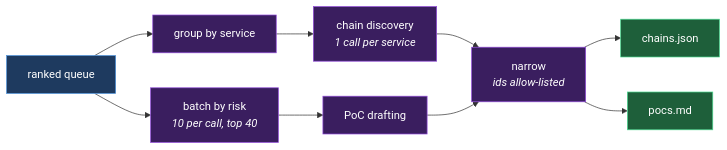
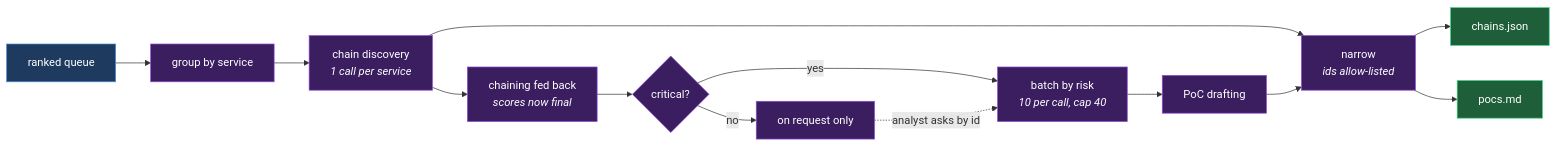
One commit to mfmiguez-oss/codescan-engagement changed the eighth of 16 diagrams in docs/DESIGN.md. Above: the diagram before and after it, drawn with Mermaid. The commit also changed other lines of this file and 44 other files, not shown here.

````diff
--- a/docs/DESIGN.md
+++ b/docs/DESIGN.md
@@ -338,15 +338,19 @@
 ```mermaid
 flowchart LR
   classDef in fill:#1e3a5f,stroke:#4a90d9,color:#fff
   classDef proc fill:#3a1e5f,stroke:#904ad9,color:#fff
   classDef out fill:#1e5f3a,stroke:#4ad990,color:#fff
 
   Q["ranked queue"]:::in --> G["group by service"]:::proc
   G --> CH["chain discovery<br/><i>1 call per service</i>"]:::proc
-  Q --> B["batch by risk<br/><i>10 per call, top 40</i>"]:::proc
+  CH --> FB["chaining fed back<br/><i>scores now final</i>"]:::proc
+  FB --> S{"critical?"}:::proc
+  S -->|yes| B["batch by risk<br/><i>10 per call, cap 40</i>"]:::proc
+  S -->|no| R["on request only"]:::proc
+  R -.->|"analyst asks by id"| B
   B --> P["PoC drafting"]:::proc
   CH --> N["narrow<br/><i>ids allow-listed</i>"]:::proc
   P --> N
   N --> A["chains.json"]:::out
   N --> M["pocs.md"]:::out
 ```
````
